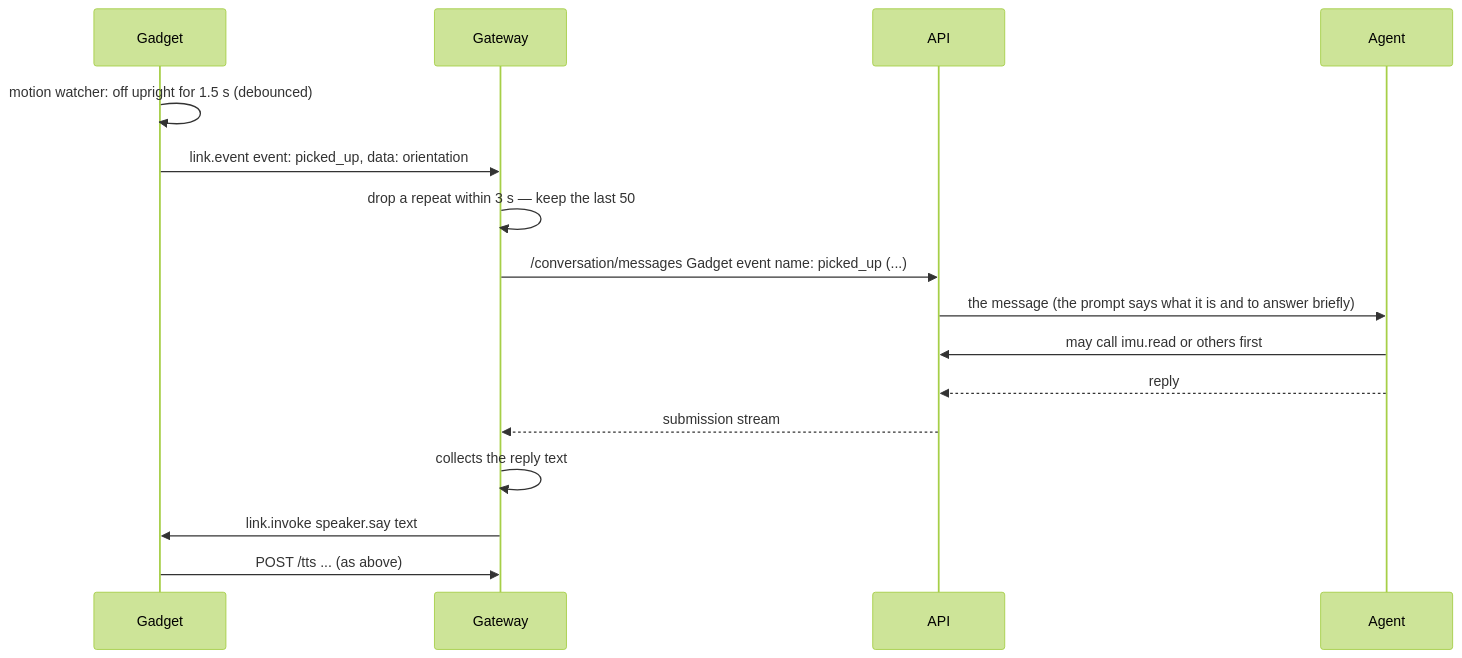
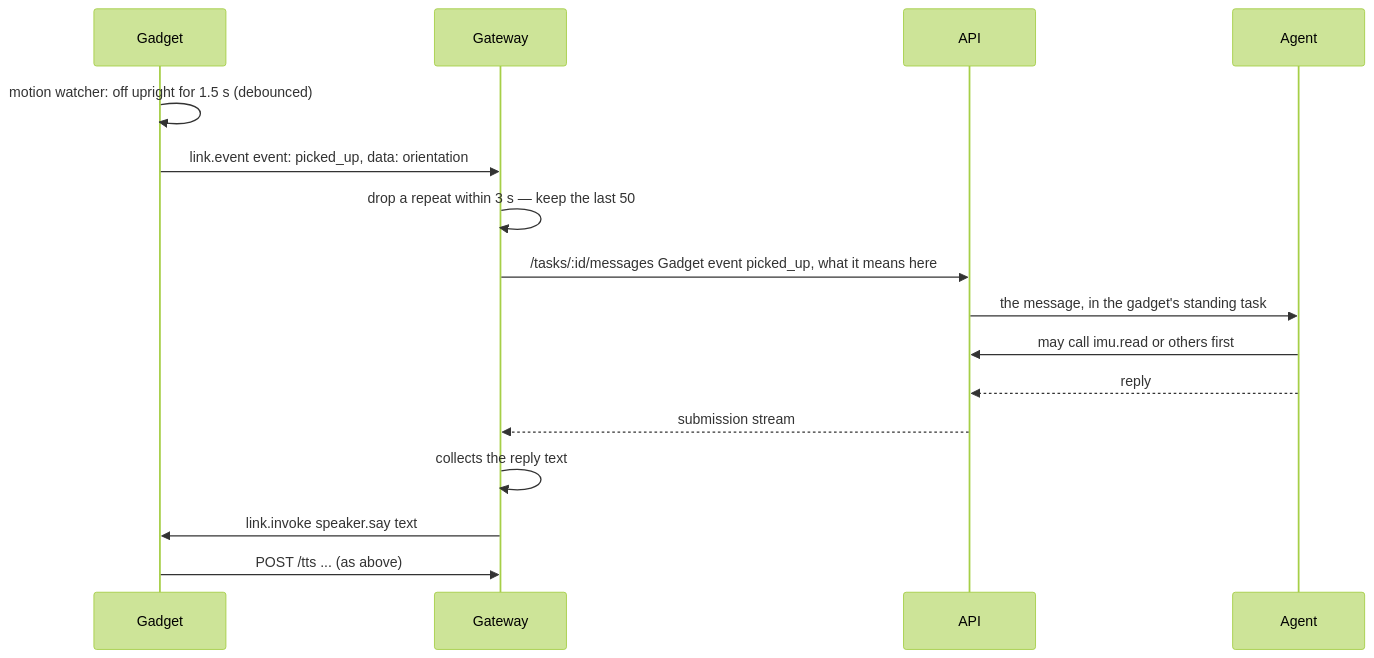
Before and after one commit to impoai/impo-gadget-sdk: the third of 3 diagrams in ARCHITECTURE.md, drawn with Mermaid (forest theme). The commit also changed other lines of this file and 1 other file, not shown here.

First line of the commit message:
Decision 8: a gadget's words go to its own standing task

````diff
--- a/ARCHITECTURE.md
+++ b/ARCHITECTURE.md
@@ -157,18 +158,18 @@
 ```mermaid
 sequenceDiagram
     participant D as Gadget
     participant G as Gateway
     participant W as API
     participant A as Agent
     D->>D: motion watcher: off upright for 1.5 s (debounced)
     D->>G: link.event event: picked_up, data: orientation
     G->>G: drop a repeat within 3 s — keep the last 50
-    G->>W: /conversation/messages Gadget event name: picked_up (...)
-    W->>A: the message (the prompt says what it is and to answer briefly)
+    G->>W: /tasks/:id/messages Gadget event picked_up, what it means here
+    W->>A: the message, in the gadget's standing task
     A->>W: may call imu.read or others first
     A-->>W: reply
     W-->>G: submission stream
     G->>G: collects the reply text
     G->>D: link.invoke speaker.say text
     D->>G: POST /tts ... (as above)
 ```
````
